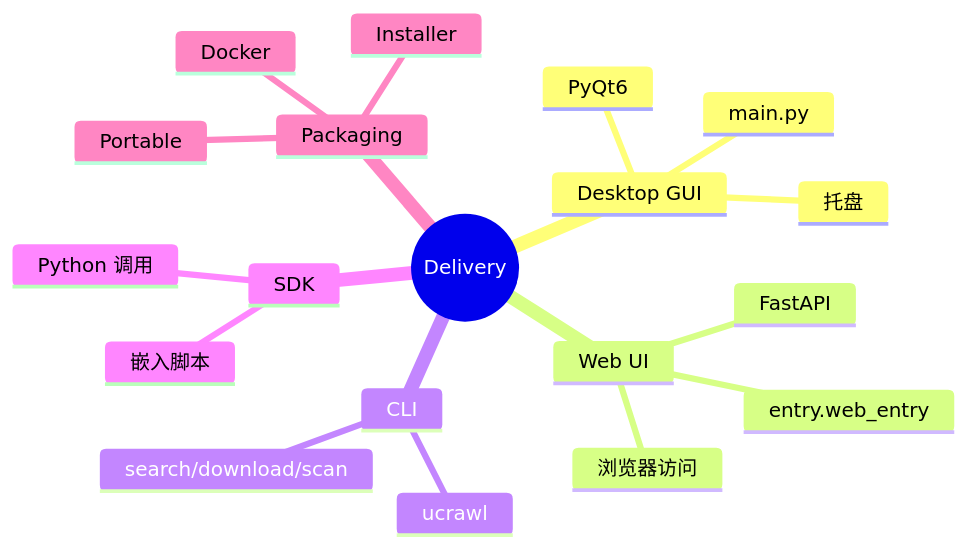
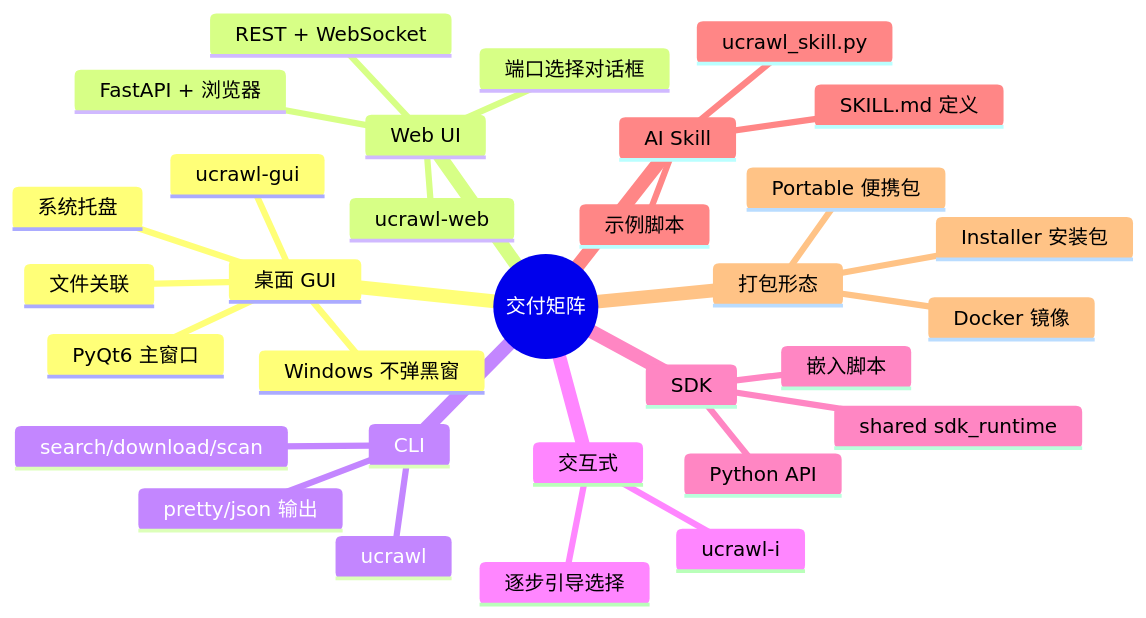
One commit to haohaizi554/UniversalCrawler changed the first of 5 diagrams in mermaid/10-packaging-and-delivery.md. Above: the diagram before and after it, drawn with Mermaid. The commit also changed other lines of this file and 78 other files, not shown here.

Commit message:
Sync local workspace: packaging adaptation, frontend hardening, and architecture review.

````diff
--- a/mermaid/10-packaging-and-delivery.md
+++ b/mermaid/10-packaging-and-delivery.md
@@ -5,22 +5,34 @@
 ```mermaid
 mindmap
-  root((Delivery))
-    Desktop GUI
-      main.py
-      PyQt6
-      托盘
+  root((交付矩阵))
+    桌面 GUI
+      ucrawl-gui
+      PyQt6 主窗口
+      Windows 不弹黑窗
+      系统托盘
+      文件关联
     Web UI
-      entry.web_entry
-      FastAPI
-      浏览器访问
+      ucrawl-web
+      FastAPI + 浏览器
+      REST + WebSocket
+      端口选择对话框
     CLI
       ucrawl
       search/download/scan
+      pretty/json 输出
+    交互式
+      ucrawl-i
+      逐步引导选择
     SDK
-      Python 调用
+      Python API
       嵌入脚本
-    Packaging
-      Portable
-      Installer
-      Docker
+      shared sdk_runtime
+    AI Skill
+      SKILL.md 定义
+      ucrawl_skill.py
+      示例脚本
+    打包形态
+      Portable 便携包
+      Installer 安装包
+      Docker 镜像
 ```
````
